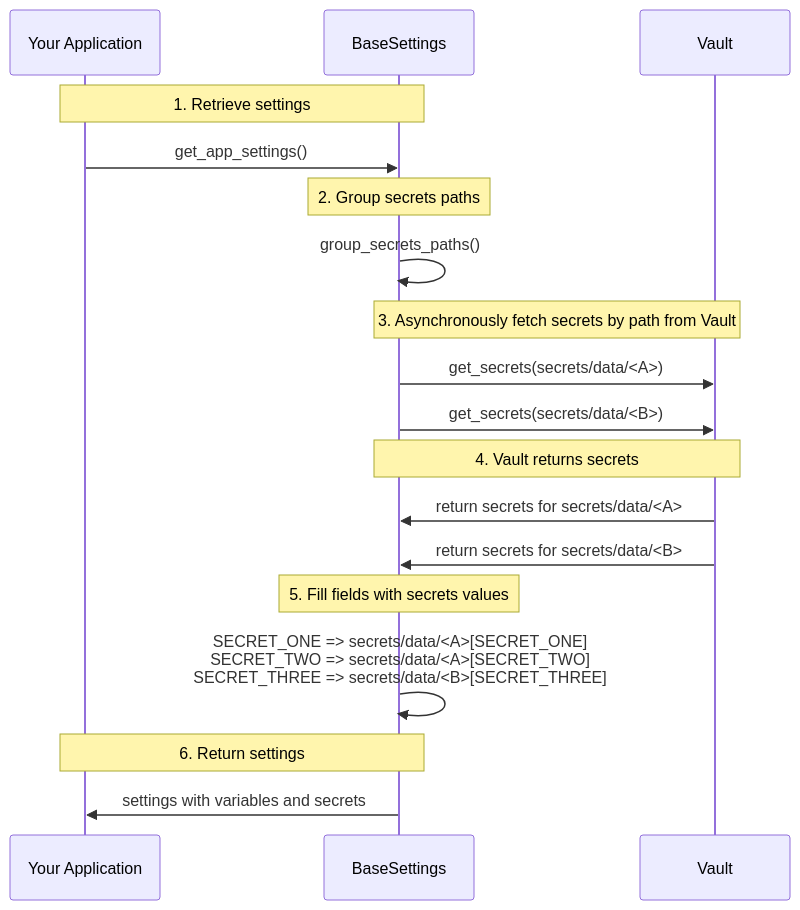
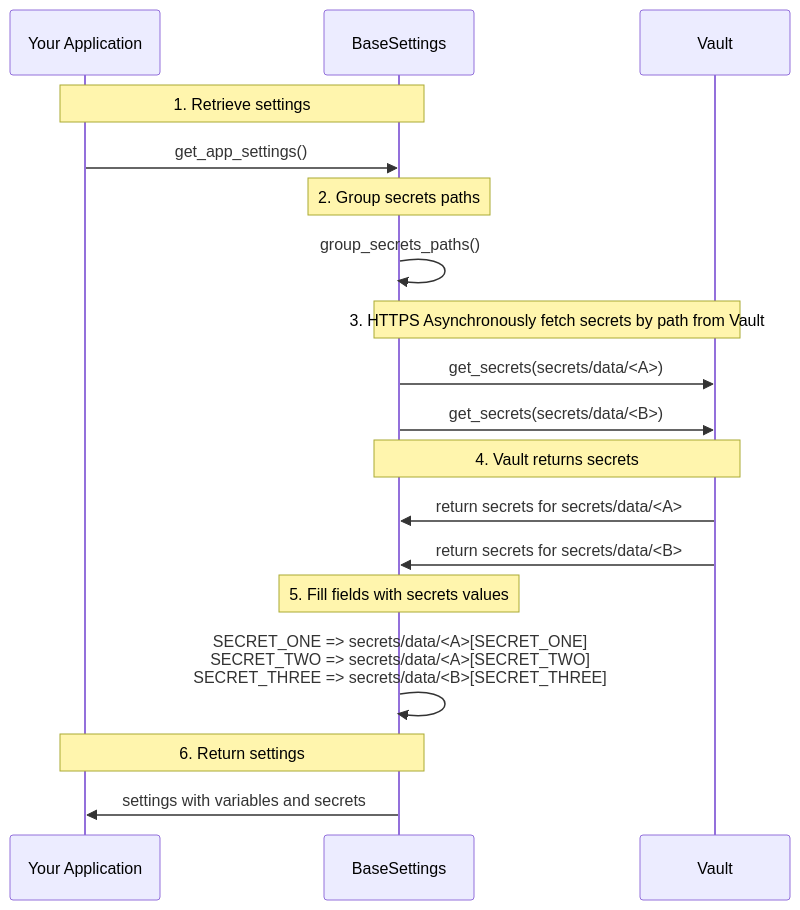
One commit to sylvainmouquet/pydantic2-settings-vault changed the diagram in README.md. Above: the diagram before and after it, drawn with Mermaid.

Commit message:
WIP: Work in progress

````diff
--- a/README.md
+++ b/README.md
@@ -64,20 +64,20 @@
 ```mermaid
 sequenceDiagram
     participant A as Your Application
     participant B as BaseSettings
     participant V as Vault
     note over A,B: 1. Retrieve settings
     A->>B: get_app_settings()
     note over B: 2. Group secrets paths
     B->>B: group_secrets_paths()
-    note over B,V: 3. Asynchronously fetch secrets by path from Vault
+    note over B,V: 3. HTTPS Asynchronously fetch secrets by path from Vault
     B->>V: get_secrets(secrets/data/<A>)
     B->>V: get_secrets(secrets/data/<B>)
     note over V,B: 4. Vault returns secrets
     V->>B: return secrets for secrets/data/<A>
     V->>B: return secrets for secrets/data/<B>
     note over B: 5. Fill fields with secrets values
     B->>B: SECRET_ONE => secrets/data/<A>[SECRET_ONE] <br> SECRET_TWO => secrets/data/<A>[SECRET_TWO] <br> SECRET_THREE => secrets/data/<B>[SECRET_THREE]
     note over B,A: 6. Return settings
     B->>A: settings with variables and secrets
 ```
````
